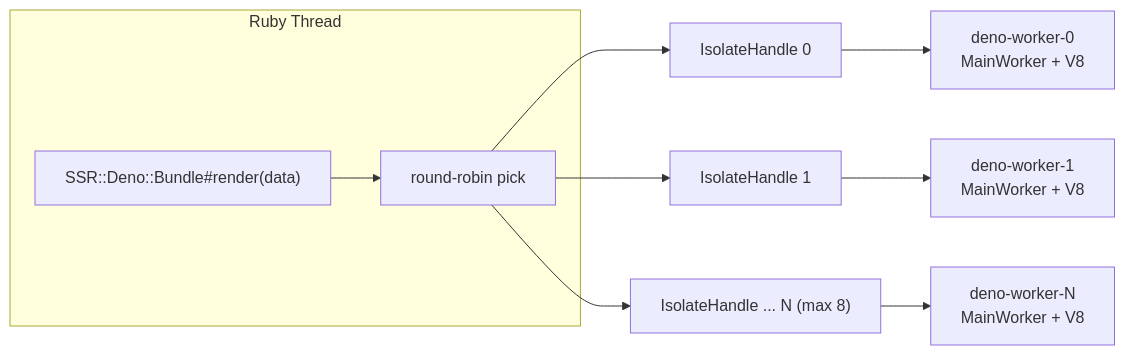
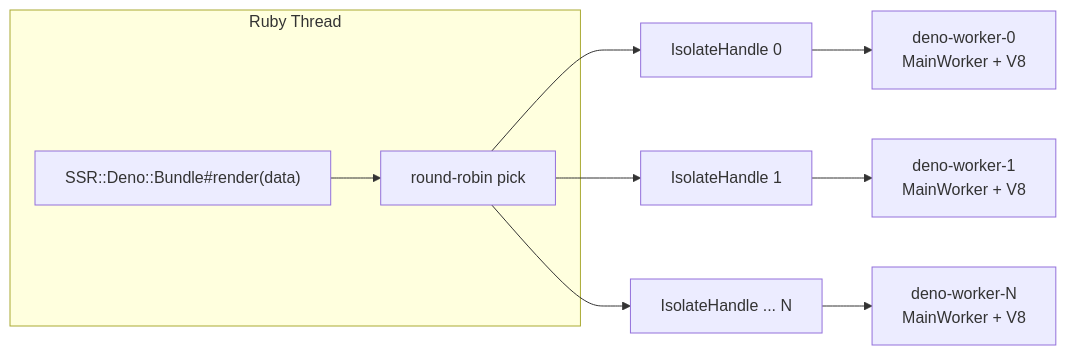
One commit to mdesantis/ssr-deno changed the second of 3 diagrams in docs/architecture.md. Above: the diagram before and after it, drawn with Mermaid. The commit also changed other lines of this file and 8 other files, not shown here.

````diff
--- a/docs/architecture.md
+++ b/docs/architecture.md
@@ -60,12 +60,12 @@
 ```mermaid
 flowchart LR
     subgraph RubyThread["Ruby Thread"]
         SSRBundle["SSR::Deno::Bundle#render(data)"] --> Pick["round-robin pick"]
     end
     Pick --> H1["IsolateHandle 0"]
     Pick --> H2["IsolateHandle 1"]
-    Pick --> H3["IsolateHandle ... N (max 8)"]
+    Pick --> H3["IsolateHandle ... N"]
     H1 --> W1["deno-worker-0<br/>MainWorker + V8"]
     H2 --> W2["deno-worker-1<br/>MainWorker + V8"]
     H3 --> W3["deno-worker-N<br/>MainWorker + V8"]
 ```
````
